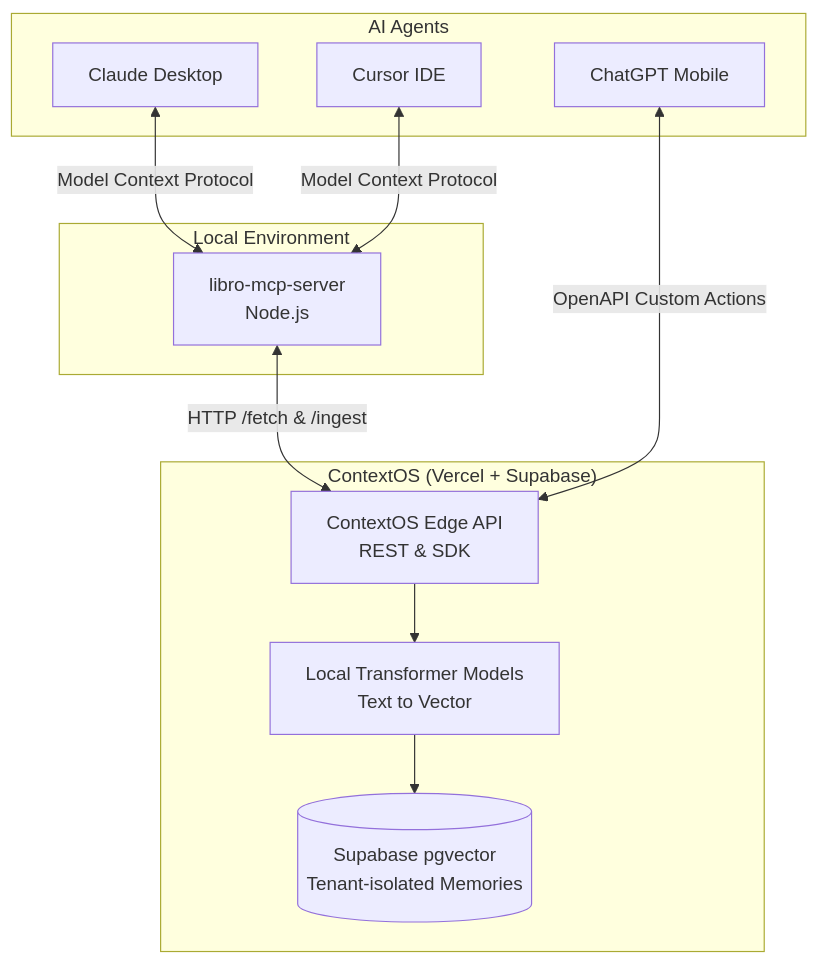
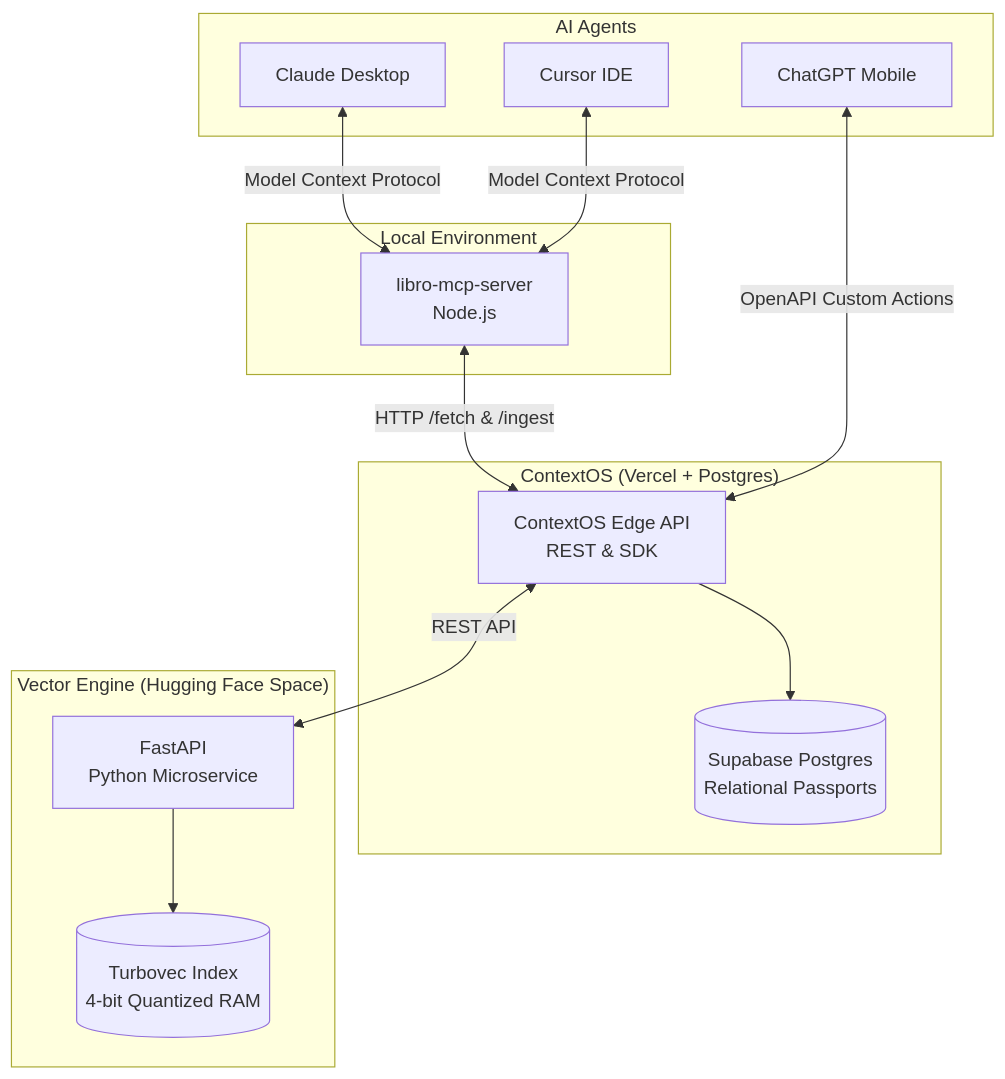
Before and after one commit to joshimohanlalit1303-ctrl/ContextOS: the diagram in README.md, drawn with Mermaid. The commit also changed other lines of this file and 12 other files, not shown here.

Commit message:
feat: migrate to Turbovec vector engine and update README with benchmarks

````diff
--- a/README.md
+++ b/README.md
@@ -11,26 +11,31 @@
 ```mermaid
 graph TD
     subgraph "AI Agents"
         Claude[Claude Desktop]
         Cursor[Cursor IDE]
         ChatGPT[ChatGPT Mobile]
     end
 
     subgraph "Local Environment"
         MCPServer[libro-mcp-server\nNode.js]
     end
 
-    subgraph "ContextOS (Vercel + Supabase)"
+    subgraph "ContextOS (Vercel + Postgres)"
         API[ContextOS Edge API\nREST & SDK]
-        VectorDB[(Supabase pgvector\nTenant-isolated Memories)]
-        Embeddings[Local Transformer Models\nText to Vector]
+        DB[(Supabase Postgres\nRelational Passports)]
+    end
+
+    subgraph "Vector Engine (Hugging Face Space)"
+        VectorAPI[FastAPI\nPython Microservice]
+        Turbovec[(Turbovec Index\n4-bit Quantized RAM)]
     end
 
     Claude <-->|Model Context Protocol| MCPServer
     Cursor <-->|Model Context Protocol| MCPServer
     MCPServer <-->|HTTP /fetch & /ingest| API
     ChatGPT <-->|OpenAPI Custom Actions| API
 
-    API --> Embeddings
-    Embeddings --> VectorDB
+    API --> DB
+    API <-->|REST API| VectorAPI
+    VectorAPI --> Turbovec
 ```
````
